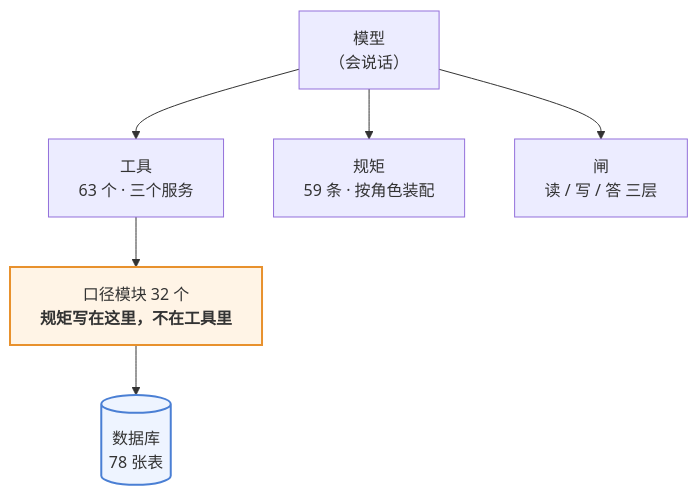
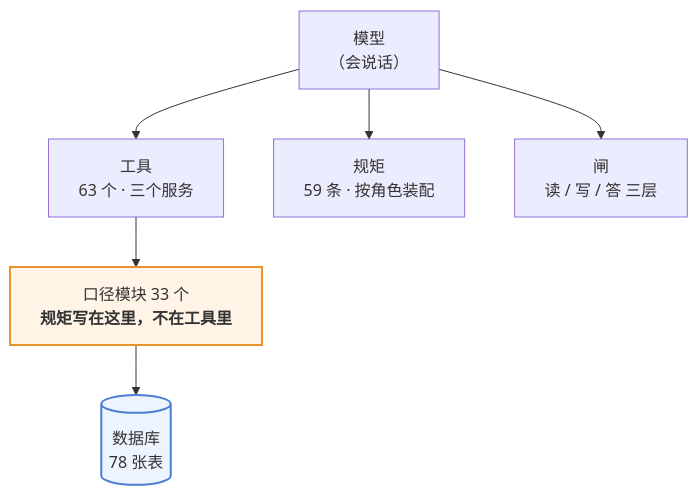
One commit to 843773296-rgb/lanxiu-yunshang-agent changed the first of 3 diagrams in 澜绣云裳agent-产品说明.md. Above: the diagram before and after it, drawn with Mermaid. The commit also changed other lines of this file and 3 other files, not shown here.

````diff
--- a/澜绣云裳agent-产品说明.md
+++ b/澜绣云裳agent-产品说明.md
@@ -62,12 +62,12 @@
 ```mermaid
 flowchart TD
     M["模型<br/>（会说话）"]
     M --> T["工具<br/>63 个 · 三个服务"]
     M --> R["规矩<br/>59 条 · 按角色装配"]
     M --> G["闸<br/>读 / 写 / 答 三层"]
-    T --> K["口径模块 32 个<br/><b>规矩写在这里，不在工具里</b>"]
+    T --> K["口径模块 33 个<br/><b>规矩写在这里，不在工具里</b>"]
     K --> DB[("数据库<br/>78 张表")]
 
     style K fill:#fff4e6,stroke:#e8912d,stroke-width:2px
     style DB fill:#eef4ff,stroke:#4a7fd4,stroke-width:2px
 ```
````
